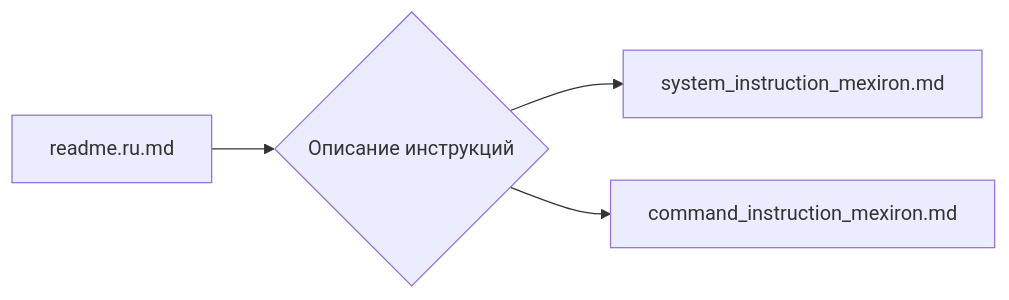
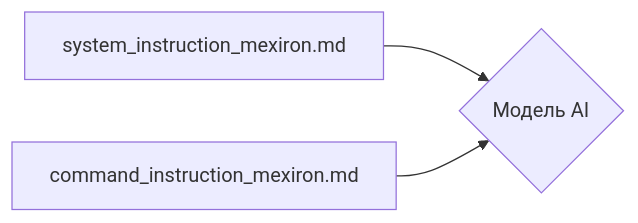
The diagram in docs/gemini/ru/explainer/src/endpoints/kazarinov/instructions/readme.ru.md (hypo69/hypo), drawn with Mermaid before and after one commit. The commit also changed other lines of this file and 468 other files, not shown here.

````diff
--- a/docs/gemini/ru/explainer/src/endpoints/kazarinov/instructions/readme.ru.md
+++ b/docs/gemini/ru/explainer/src/endpoints/kazarinov/instructions/readme.ru.md
@@ -20,6 +22,5 @@
 ```mermaid
 graph LR
-    A[readme.ru.md] --> B{Описание инструкций};
-    B --> C[system_instruction_mexiron.md];
-    B --> D[command_instruction_mexiron.md];
+    A[system_instruction_mexiron.md] --> B{Модель AI};
+    C[command_instruction_mexiron.md] --> B;
 ```
````
